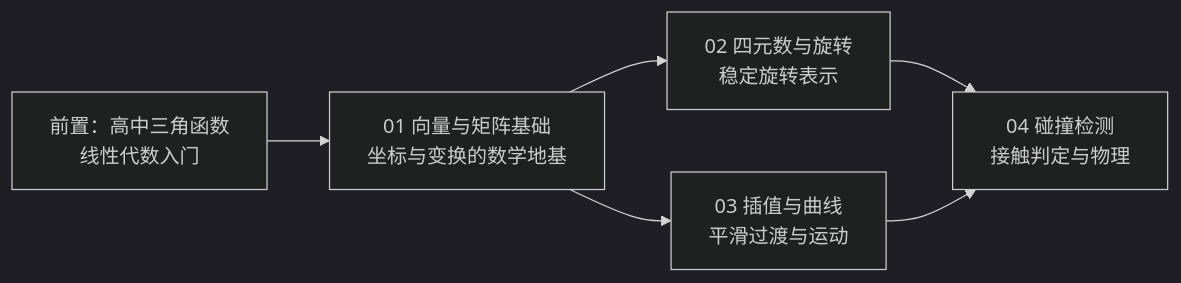
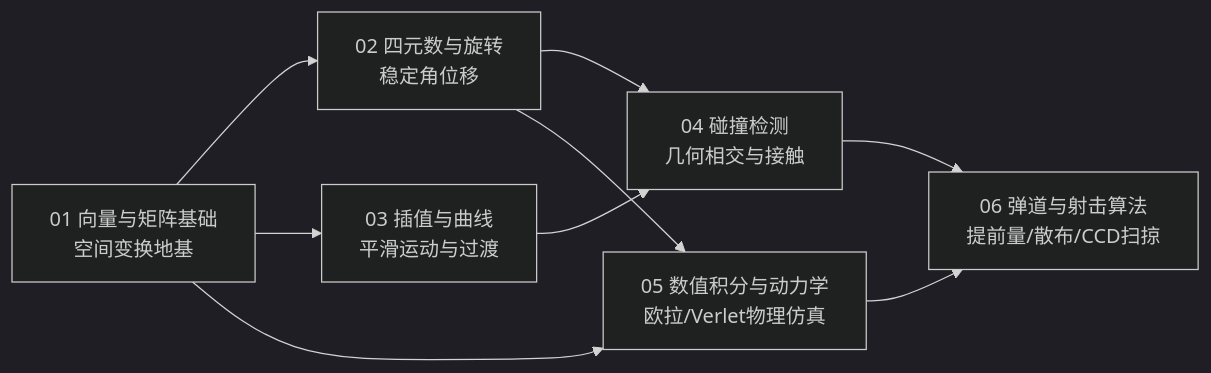
The second of 2 diagrams in 游戏算法/02-数学与碰撞/README.md (fantuan812/learning), drawn with Mermaid (dark theme) before and after one commit. The commit also changed other lines of this file and 25 other files, not shown here.

````diff
--- a/游戏算法/02-数学与碰撞/README.md
+++ b/游戏算法/02-数学与碰撞/README.md
@@ -45,8 +90,9 @@
 ```mermaid
 flowchart LR
-    A["01 向量与矩阵基础<br/>坐标与变换的数学地基"] --> B["02 四元数与旋转<br/>稳定旋转表示"]
-    A --> C["03 插值与曲线<br/>平滑过渡与运动"]
-    B --> D["04 碰撞检测<br/>接触判定与物理"]
+    A["01 向量与矩阵基础<br/>空间变换地基"] --> B["02 四元数与旋转<br/>稳定角位移"]
+    A --> C["03 插值与曲线<br/>平滑运动与过渡"]
+    B --> D["04 碰撞检测<br/>几何相交与接触"]
     C --> D
-    E["前置：高中三角函数<br/>线性代数入门"] --> A
+    A & B --> E["05 数值积分与动力学<br/>欧拉/Verlet物理仿真"]
+    D & E --> F["06 弹道与射击算法<br/>提前量/散布/CCD扫掠"]
 ```
````
